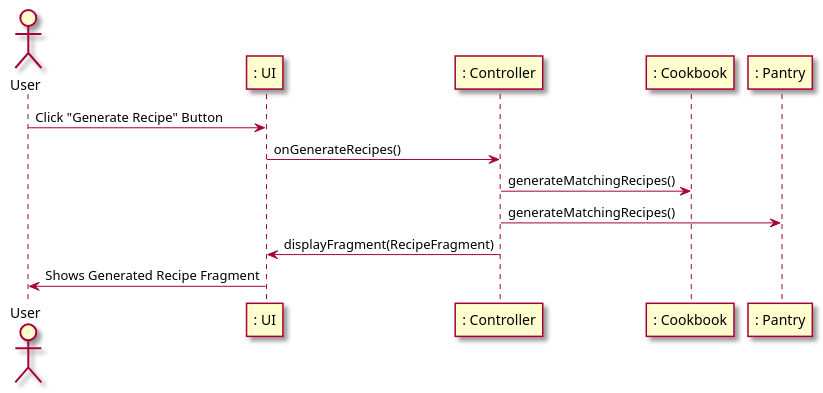
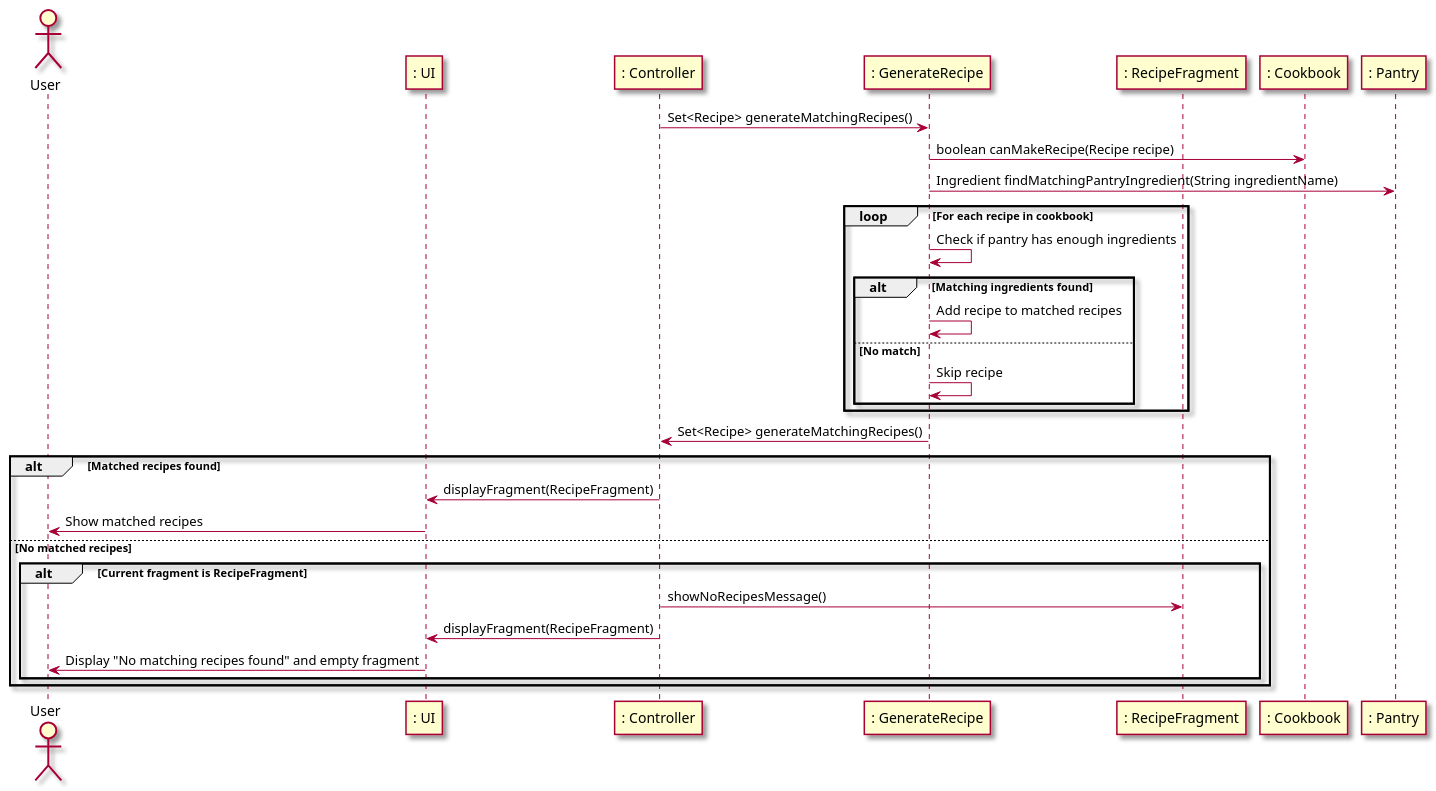
Before and after one commit to berthashipper/Pantry-Pal-Android-Application: the fourth of 4 diagrams in intellij/doc/use-cases/manage_recipes.md, drawn with PlantUML.

Commit message:
Updated generate Recipe in manage_recipes.md

`````diff
--- a/intellij/doc/use-cases/manage_recipes.md
+++ b/intellij/doc/use-cases/manage_recipes.md
@@ -144,19 +144,39 @@
 ```plantuml
 @startuml
 skin rose
 
+
 actor User as user
 participant ": UI" as ui
 participant ": Controller" as cont
-participant ": Cookbook" as ck
+participant ": GenerateRecipe" as gr
+participant ": RecipeFragment" as rf
+participant ": Cookbook" as cb
 participant ": Pantry" as pantry
 
-user -> ui : Click "Generate Recipe" Button
-ui -> cont: onGenerateRecipes()
-cont -> ck: generateMatchingRecipes()
-cont -> pantry: generateMatchingRecipes()
-cont -> ui: displayFragment(RecipeFragment)
-ui -> user: Shows Generated Recipe Fragment
+cont -> gr: Set<Recipe> generateMatchingRecipes()
+gr -> cb: boolean canMakeRecipe(Recipe recipe)
+gr -> pantry: Ingredient findMatchingPantryIngredient(String ingredientName)
+loop For each recipe in cookbook
+    gr -> gr: Check if pantry has enough ingredients
+    alt Matching ingredients found
+        gr -> gr: Add recipe to matched recipes
+    else No match
+        gr -> gr: Skip recipe
+    end
+end
+gr -> cont: Set<Recipe> generateMatchingRecipes()
+
+alt Matched recipes found
+    cont -> ui: displayFragment(RecipeFragment)
+    ui -> user: Show matched recipes
+else No matched recipes
+    alt Current fragment is RecipeFragment
+        cont -> rf: showNoRecipesMessage()
+        cont -> ui: displayFragment(RecipeFragment)
+        ui -> user: Display "No matching recipes found" and empty fragment
+    end
+end
 
 @enduml
 ````
`````
